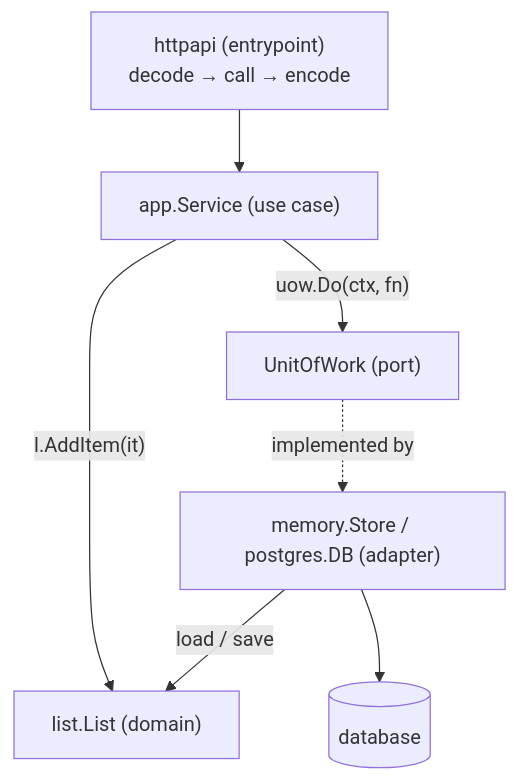
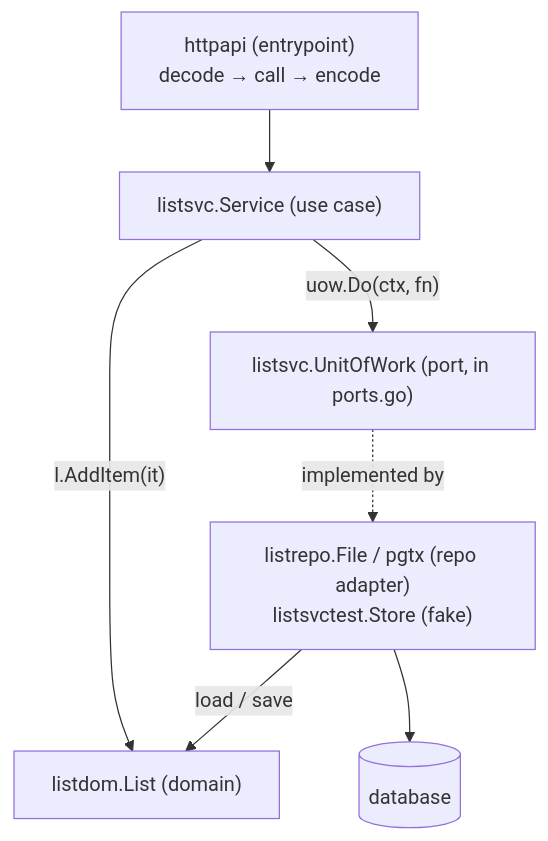
Before and after one commit to vsheshjain/code-taste-golang: the first of 2 diagrams in skills/code-taste-golang/docs/architecture/README.md, drawn with Mermaid. The commit also changed other lines of this file and 33 other files, not shown here.

First line of the commit message:
Restructure into domain/service/repo/external layers with suffixed packages

````diff
--- a/skills/code-taste-golang/docs/architecture/README.md
+++ b/skills/code-taste-golang/docs/architecture/README.md
@@ -15,9 +15,9 @@
 ```mermaid
 flowchart TD
-    H["httpapi (entrypoint)<br/>decode → call → encode"] --> S["app.Service (use case)"]
-    S -->|"uow.Do(ctx, fn)"| U["UnitOfWork (port)"]
-    S -->|"l.AddItem(it)"| D["list.List (domain)"]
-    U -.implemented by.-> M["memory.Store / postgres.DB (adapter)"]
+    H["httpapi (entrypoint)<br/>decode → call → encode"] --> S["listsvc.Service (use case)"]
+    S -->|"uow.Do(ctx, fn)"| U["listsvc.UnitOfWork (port, in ports.go)"]
+    S -->|"l.AddItem(it)"| D["listdom.List (domain)"]
+    U -.implemented by.-> M["listrepo.File / pgtx (repo adapter)<br/>listsvctest.Store (fake)"]
     M -->|"load / save"| D
     M --> DB[("database")]
 ```
````
